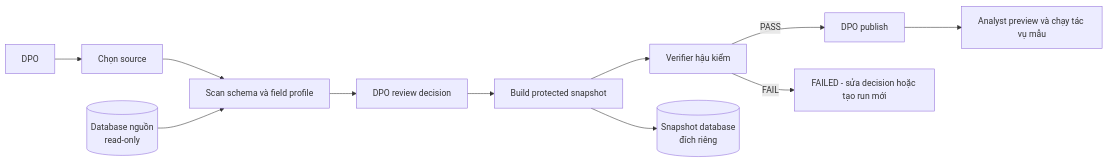
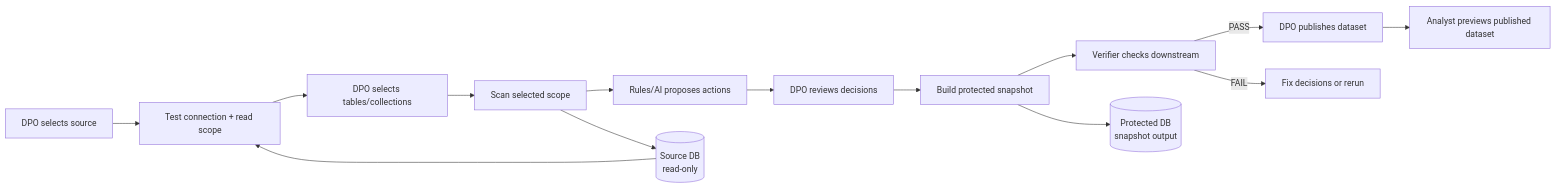
One commit to tlong1610/PII_Masking changed the first of 4 diagrams in docs/SYSTEM_ARCHITECTURE.md. Above: the diagram before and after it, drawn with Mermaid. The commit also changed other lines of this file and 15 other files, not shown here.

Commit message:
feat: add source scope selection and HMAC-locked field handling to PII review experience

````diff
--- a/docs/SYSTEM_ARCHITECTURE.md
+++ b/docs/SYSTEM_ARCHITECTURE.md
@@ -11,14 +59,17 @@
-~~~mermaid
+```mermaid
 flowchart LR
-    DPO[DPO] --> S1[Chọn source]
-    S1 --> S2[Scan schema và field profile]
-    S2 --> S3[DPO review decision]
-    S3 --> S4[Build protected snapshot]
-    S4 --> S5[Verifier hậu kiểm]
-    S5 -->|PASS| S6[DPO publish]
-    S5 -->|FAIL| E[FAILED - sửa decision hoặc tạo run mới]
-    S6 --> A[Analyst preview và chạy tác vụ mẫu]
+    A[DPO selects source] --> B[Test connection + read scope]
+    B --> C[DPO selects tables/collections]
+    C --> D[Scan selected scope]
+    D --> E[Rules/AI proposes actions]
+    E --> F[DPO reviews decisions]
+    F --> G[Build protected snapshot]
+    G --> H[Verifier checks downstream]
+    H -->|PASS| I[DPO publishes dataset]
+    H -->|FAIL| J[Fix decisions or rerun]
+    I --> K[Analyst previews published dataset]
 
-    SRC[(Database nguồn<br/>read-only)] --> S2
-    S4 --> DST[(Snapshot database<br/>đích riêng)]
-~~~
+    SRC[(Source DB<br/>read-only)] --> B
+    D --> SRC
+    G --> OUT[(Protected DB<br/>snapshot output)]
+```
````
